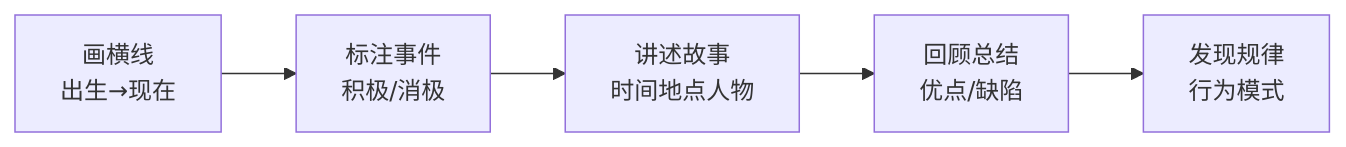
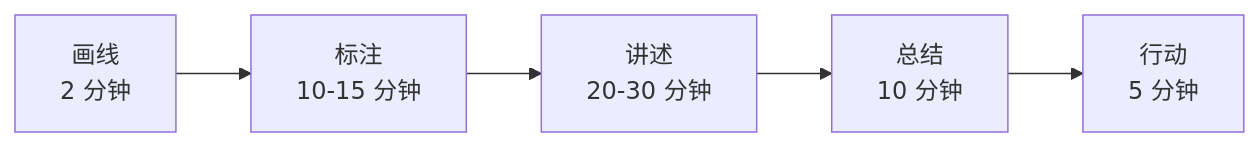
The diagram in packages/website/13.书籍/05.自我精进·成事/04.事后复盘/03.生命线分享游戏.md (chongyang211/YCBookBlog), drawn with Mermaid before and after one commit. The commit also changed other lines of this file and 62 other files, not shown here.

````diff
--- a/packages/website/13.书籍/05.自我精进·成事/04.事后复盘/03.生命线分享游戏.md
+++ b/packages/website/13.书籍/05.自我精进·成事/04.事后复盘/03.生命线分享游戏.md
@@ -93,7 +77,7 @@
 ```mermaid
-flowchart LR
-    A[画横线<br>出生→现在] --> B[标注事件<br>积极/消极]
-    B --> C[讲述故事<br>时间地点人物]
-    C --> D[回顾总结<br>优点/缺陷]
-    D --> E[发现规律<br>行为模式]
+graph LR
+    A[画线<br/>2 分钟] --> B[标注<br/>10-15 分钟]
+    B --> C[讲述<br/>20-30 分钟]
+    C --> D[总结<br/>10 分钟]
+    D --> E[行动<br/>5 分钟]
 ```
````
